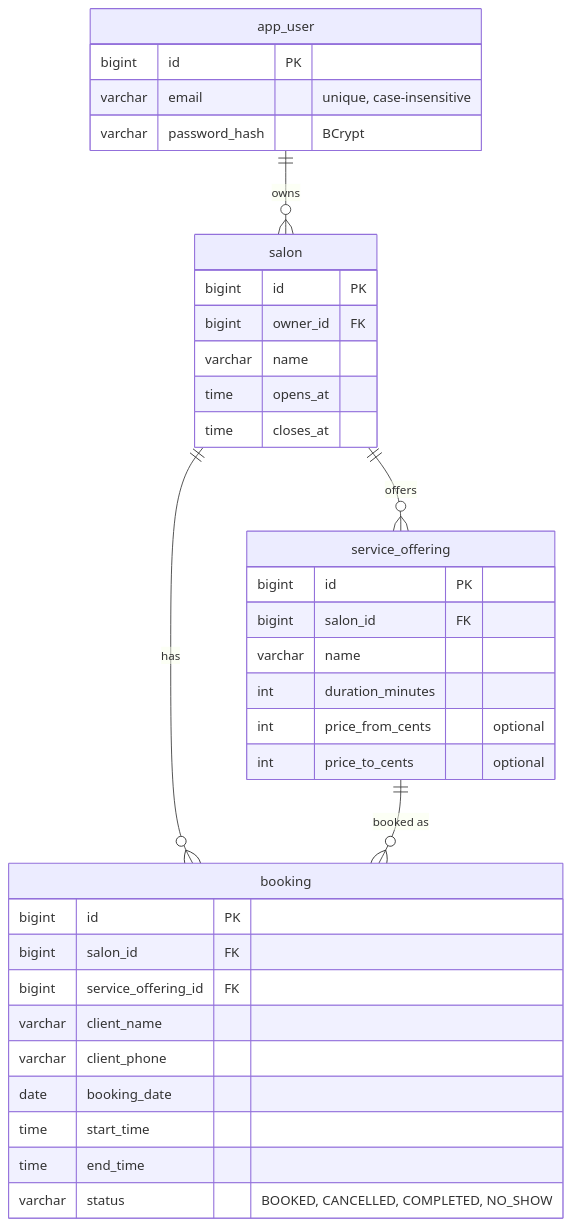
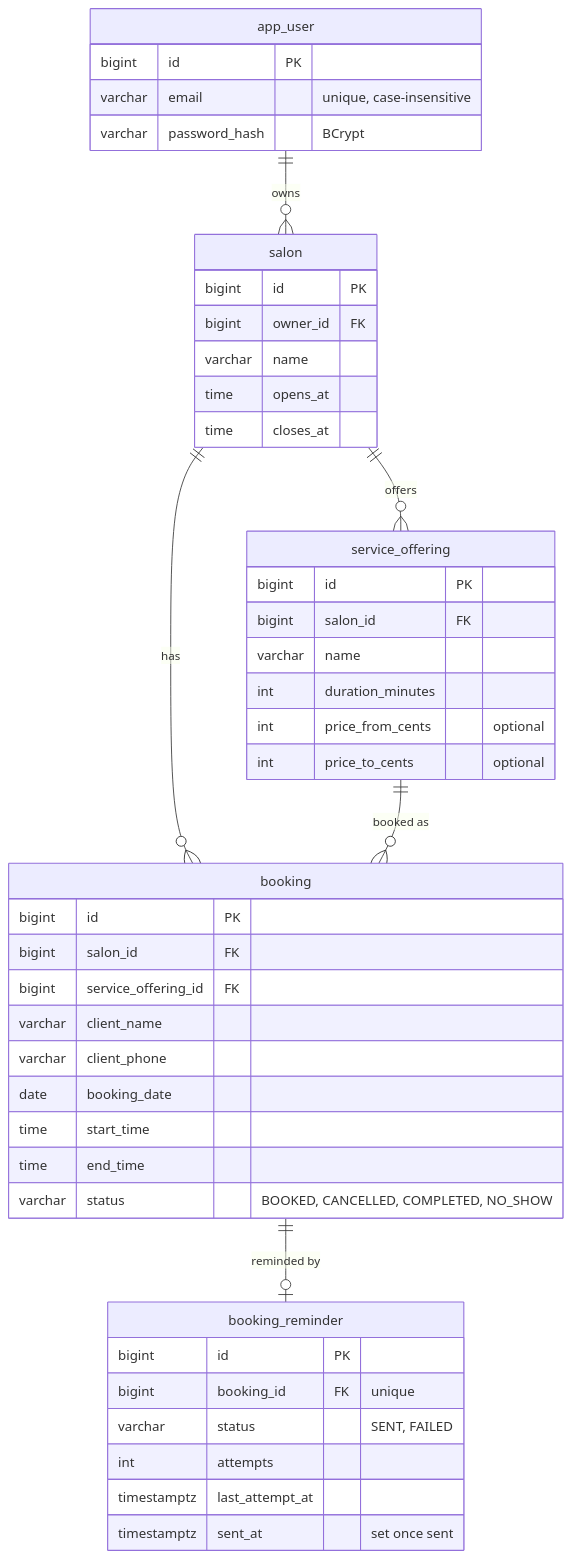
The fourth of 4 diagrams in README.md (afunemma/salon-booking-api), drawn with Mermaid before and after one commit. The commit also changed other lines of this file and 21 other files, not shown here.

````diff
--- a/README.md
+++ b/README.md
@@ -119,39 +122,48 @@
 ```mermaid
 erDiagram
     app_user ||--o{ salon : owns
     salon ||--o{ service_offering : offers
     salon ||--o{ booking : has
     service_offering ||--o{ booking : "booked as"
+    booking ||--o| booking_reminder : "reminded by"
 
     app_user {
         bigint id PK
         varchar email "unique, case-insensitive"
         varchar password_hash "BCrypt"
     }
     salon {
         bigint id PK
         bigint owner_id FK
         varchar name
         time opens_at
         time closes_at
     }
     service_offering {
         bigint id PK
         bigint salon_id FK
         varchar name
         int duration_minutes
         int price_from_cents "optional"
         int price_to_cents "optional"
     }
     booking {
         bigint id PK
         bigint salon_id FK
         bigint service_offering_id FK
         varchar client_name
         varchar client_phone
         date booking_date
         time start_time
         time end_time
         varchar status "BOOKED, CANCELLED, COMPLETED, NO_SHOW"
     }
+    booking_reminder {
+        bigint id PK
+        bigint booking_id FK "unique"
+        varchar status "SENT, FAILED"
+        int attempts
+        timestamptz last_attempt_at
+        timestamptz sent_at "set once sent"
+    }
 ```
````
